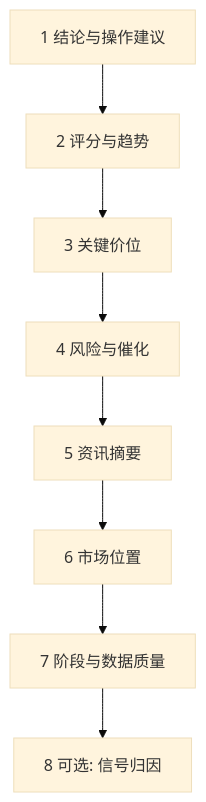
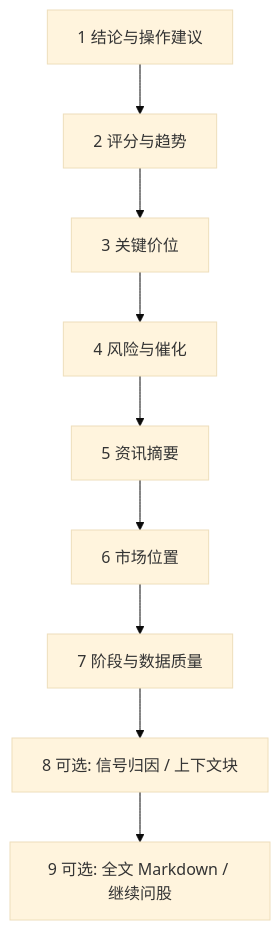
One commit to SiinXu/stock-pulse-ai changed the diagram in docs/ui-manual/08-reading-reports.md. Above: the diagram before and after it, drawn with Mermaid (base theme). The commit also changed other lines of this file and 32 other files, not shown here.

````diff
--- a/docs/ui-manual/08-reading-reports.md
+++ b/docs/ui-manual/08-reading-reports.md
@@ -11,10 +36,11 @@
 ```mermaid
 flowchart TD
   A[1 结论与操作建议] --> B[2 评分与趋势]
   B --> C[3 关键价位]
   C --> D[4 风险与催化]
   D --> E[5 资讯摘要]
   E --> F[6 市场位置]
   F --> G[7 阶段与数据质量]
-  G --> H[8 可选: 信号归因]
+  G --> H[8 可选: 信号归因 / 上下文块]
+  H --> I[9 可选: 全文 Markdown / 继续问股]
 ```
````
